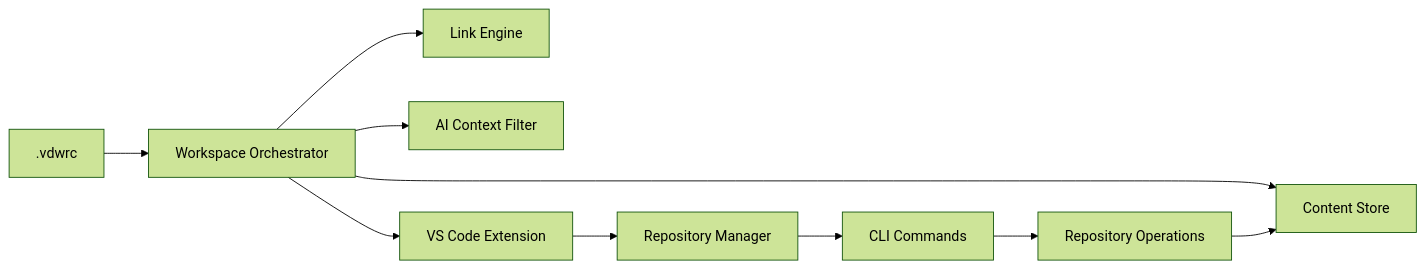
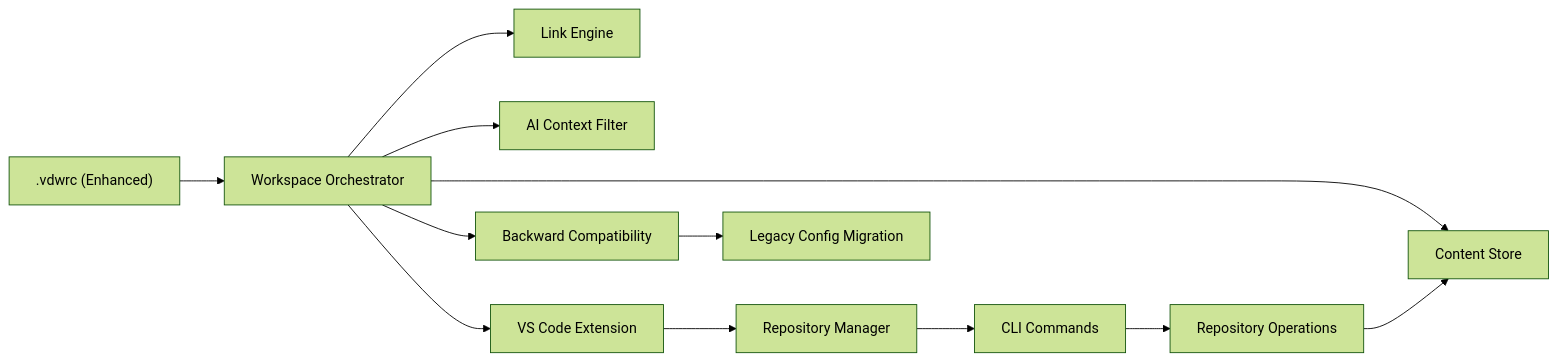
Before and after one commit to HWH-2019/vdw: the fourth of 4 diagrams in .qoder/repowiki/en/content/Core Features Documentation/Workspace Configuration Management (.vdwrc).md, drawn with Mermaid (forest theme). The commit also changed other lines of this file and 12 other files, not shown here.

````diff
--- a/.qoder/repowiki/en/content/Core Features Documentation/Workspace Configuration Management (.vdwrc).md
+++ b/.qoder/repowiki/en/content/Core Features Documentation/Workspace Configuration Management (.vdwrc).md
@@ -365,12 +400,14 @@
 ```mermaid
 graph LR
-CFG[".vdwrc"] --> ORCH["Workspace Orchestrator"]
+CFG[".vdwrc (Enhanced)"] --> ORCH["Workspace Orchestrator"]
 ORCH --> CS["Content Store"]
 ORCH --> LE["Link Engine"]
 ORCH --> AC["AI Context Filter"]
 ORCH --> VS["VS Code Extension"]
 VS --> RM["Repository Manager"]
 RM --> CLI["CLI Commands"]
 CLI --> REPO["Repository Operations"]
 REPO --> CS
+ORCH --> BC["Backward Compatibility"]
+BC --> LEGACY["Legacy Config Migration"]
 ```
````
